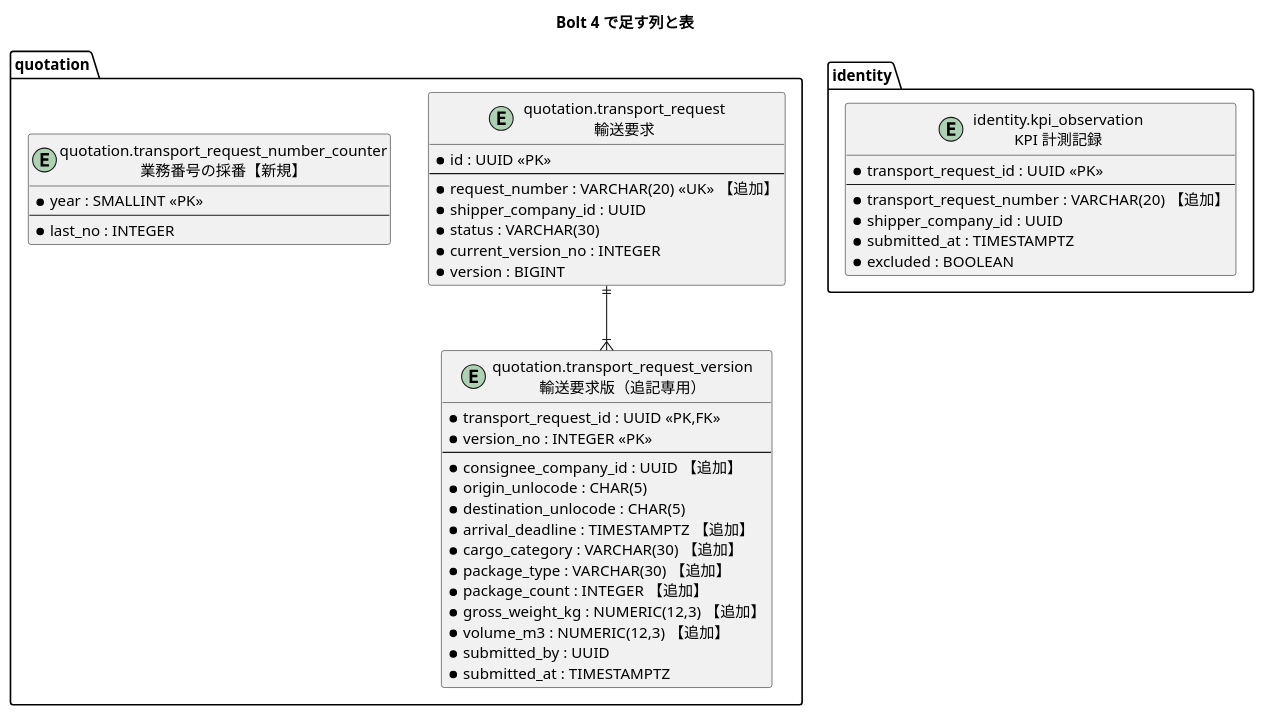
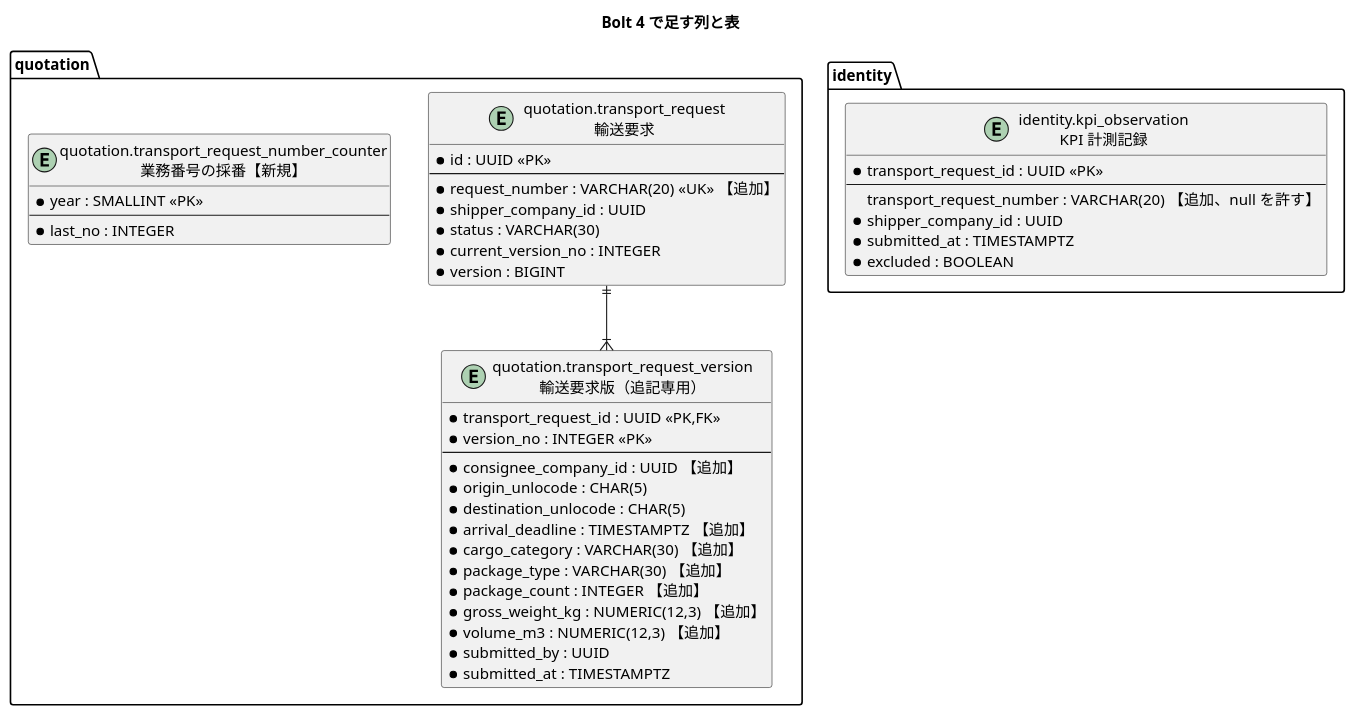
Before and after one commit to k2works/practical-domain-driven-design-in-enterpris-application: the third of 4 diagrams in docs/development/cargo-tracker/bolt_04_plan.md, drawn with PlantUML. The commit also changed other lines of this file and 44 other files, not shown here.

````diff
--- a/docs/development/cargo-tracker/bolt_04_plan.md
+++ b/docs/development/cargo-tracker/bolt_04_plan.md
@@ -177,48 +177,48 @@
 ```plantuml
 @startuml
 title Bolt 4 で足す列と表
 package "quotation" {
   entity "quotation.transport_request\n輸送要求" as tr {
     * id : UUID <<PK>>
     --
     * request_number : VARCHAR(20) <<UK>> 【追加】
     * shipper_company_id : UUID
     * status : VARCHAR(30)
     * current_version_no : INTEGER
     * version : BIGINT
   }
   entity "quotation.transport_request_version\n輸送要求版（追記専用）" as trv {
     * transport_request_id : UUID <<PK,FK>>
     * version_no : INTEGER <<PK>>
     --
     * consignee_company_id : UUID 【追加】
     * origin_unlocode : CHAR(5)
     * destination_unlocode : CHAR(5)
     * arrival_deadline : TIMESTAMPTZ 【追加】
     * cargo_category : VARCHAR(30) 【追加】
     * package_type : VARCHAR(30) 【追加】
     * package_count : INTEGER 【追加】
     * gross_weight_kg : NUMERIC(12,3) 【追加】
     * volume_m3 : NUMERIC(12,3) 【追加】
     * submitted_by : UUID
     * submitted_at : TIMESTAMPTZ
   }
   entity "quotation.transport_request_number_counter\n業務番号の採番【新規】" as cnt {
     * year : SMALLINT <<PK>>
     --
     * last_no : INTEGER
   }
   tr ||--|{ trv
 }
 package "identity" {
   entity "identity.kpi_observation\nKPI 計測記録" as kpi {
     * transport_request_id : UUID <<PK>>
     --
-    * transport_request_number : VARCHAR(20) 【追加】
+    transport_request_number : VARCHAR(20) 【追加、null を許す】
     * shipper_company_id : UUID
     * submitted_at : TIMESTAMPTZ
     * excluded : BOOLEAN
   }
 }
 @enduml
 ```
````
